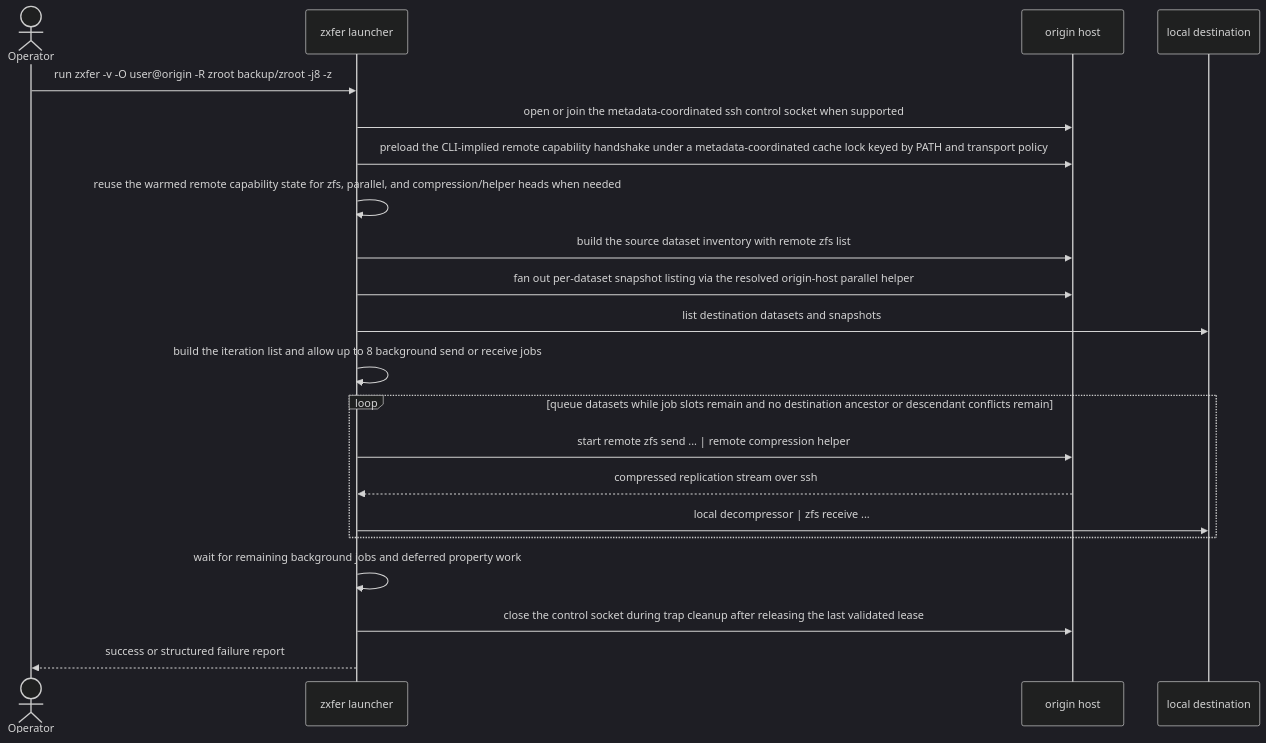
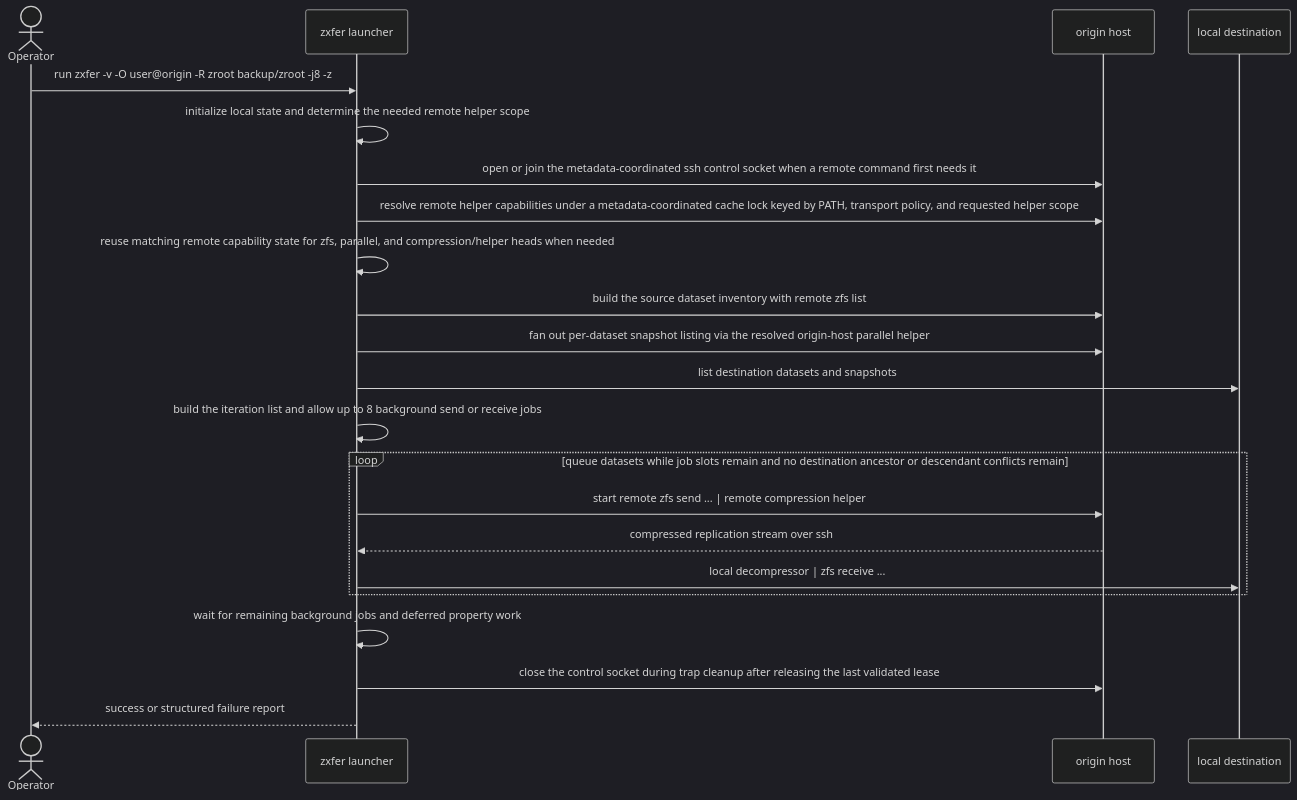
Before and after one commit to totalAldo/zxfer: the fourth of 6 diagrams in docs/architecture.md, drawn with Mermaid (dark theme). The commit also changed other lines of this file and 14 other files, not shown here.

````diff
--- a/docs/architecture.md
+++ b/docs/architecture.md
@@ -330,24 +330,25 @@
 ```mermaid
 sequenceDiagram
     actor Operator
     participant Launcher as zxfer launcher
     participant Origin as origin host
     participant Local as local destination
 
     Operator->>Launcher: run zxfer -v -O user@origin -R zroot backup/zroot -j8 -z
-    Launcher->>Origin: open or join the metadata-coordinated ssh control socket when supported
-    Launcher->>Origin: preload the CLI-implied remote capability handshake under a metadata-coordinated cache lock keyed by PATH and transport policy
-    Launcher->>Launcher: reuse the warmed remote capability state for zfs, parallel, and compression/helper heads when needed
+    Launcher->>Launcher: initialize local state and determine the needed remote helper scope
+    Launcher->>Origin: open or join the metadata-coordinated ssh control socket when a remote command first needs it
+    Launcher->>Origin: resolve remote helper capabilities under a metadata-coordinated cache lock keyed by PATH, transport policy, and requested helper scope
+    Launcher->>Launcher: reuse matching remote capability state for zfs, parallel, and compression/helper heads when needed
     Launcher->>Origin: build the source dataset inventory with remote zfs list
     Launcher->>Origin: fan out per-dataset snapshot listing via the resolved origin-host parallel helper
     Launcher->>Local: list destination datasets and snapshots
     Launcher->>Launcher: build the iteration list and allow up to 8 background send or receive jobs
     loop queue datasets while job slots remain and no destination ancestor or descendant conflicts remain
         Launcher->>Origin: start remote zfs send ... | remote compression helper
         Origin-->>Launcher: compressed replication stream over ssh
         Launcher->>Local: local decompressor | zfs receive ...
     end
     Launcher->>Launcher: wait for remaining background jobs and deferred property work
     Launcher->>Origin: close the control socket during trap cleanup after releasing the last validated lease
     Launcher-->>Operator: success or structured failure report
 ```
````
